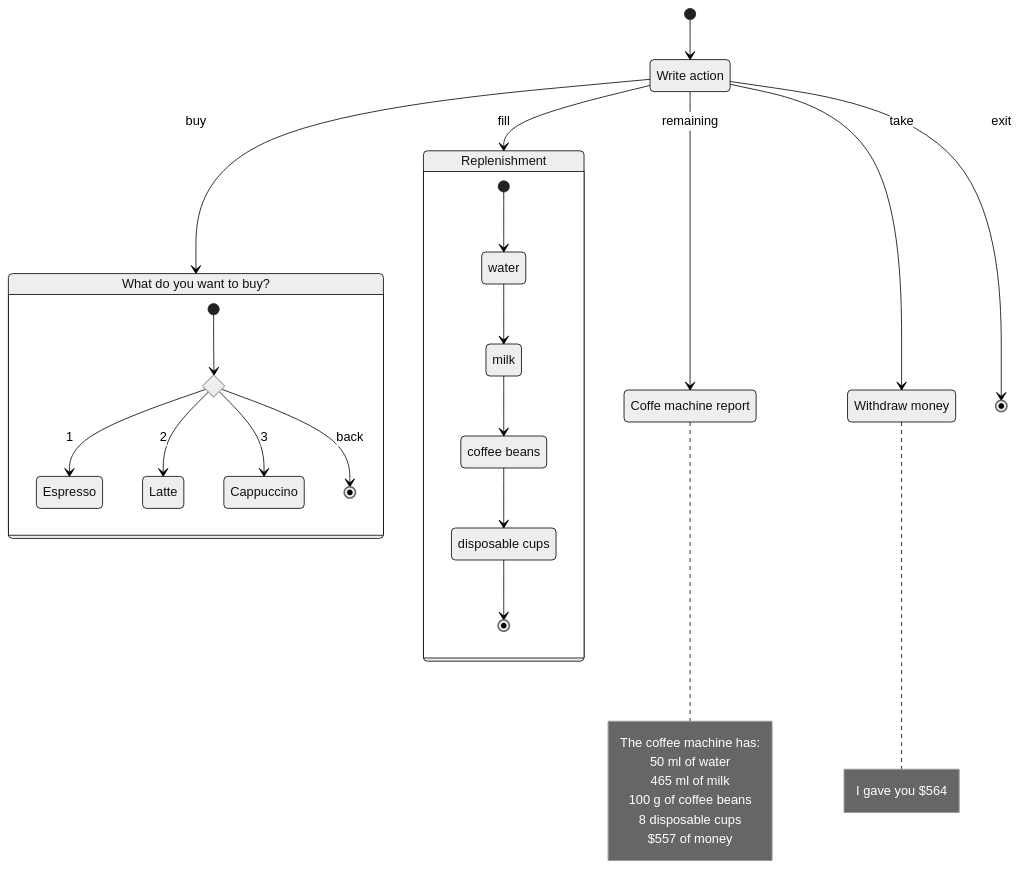
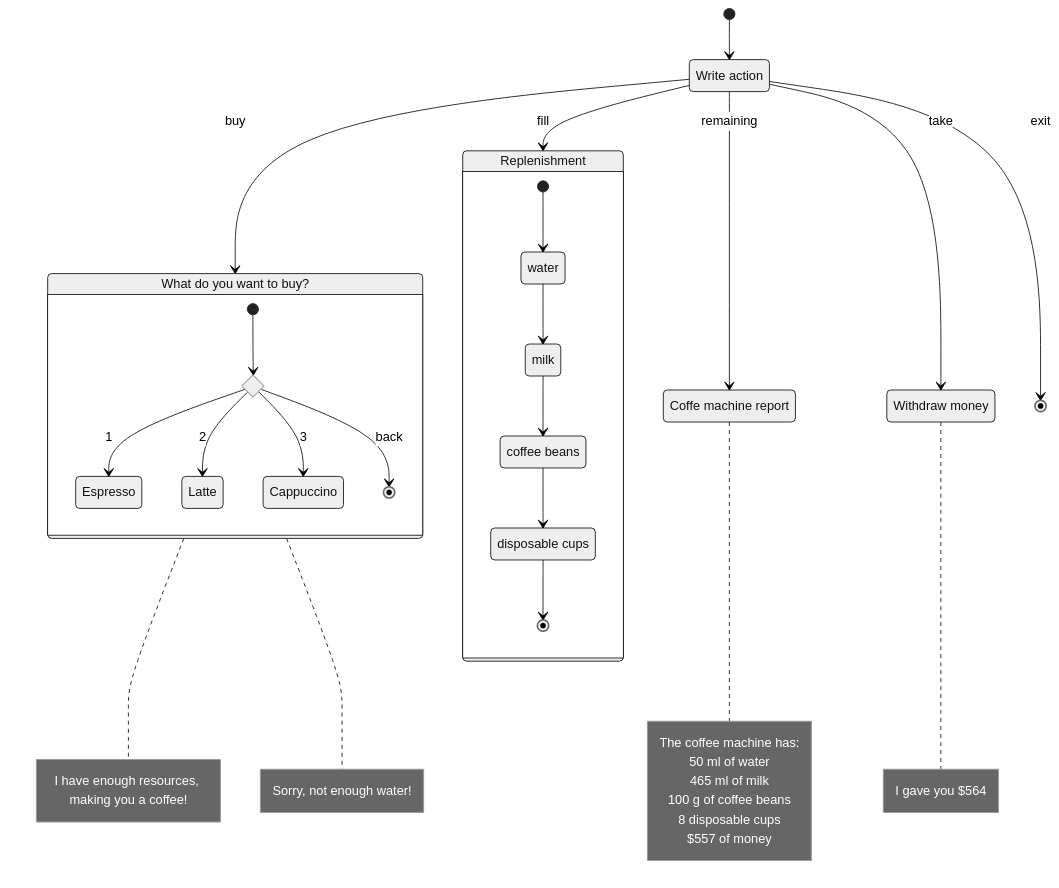
Before and after one commit to rabestro/coffee-machine: the diagram in README.md, drawn with Mermaid (neutral theme).

Commit message:
update state diagram

````diff
--- a/README.md
+++ b/README.md
@@ -7,45 +7,51 @@
 ```mermaid
 stateDiagram-v2
     Menu: Write action
 
     Buy: What do you want to buy?
     state Buy {
         state coffee <<choice>> 
             coffee --> Espresso: 1
             coffee --> Latte : 2
             coffee --> Cappuccino: 3
             coffee --> [*]: back
         [*] --> coffee
     }
-
+    note right of Buy
+        I have enough resources, making you a coffee!
+    end note
+    note right of Buy
+        Sorry, not enough water!
+    end note
+    
     Fill: Replenishment
     state Fill {
         beans: coffee beans
         cups: disposable cups
         [*] --> water
         water --> milk
         milk --> beans
         beans --> cups
         cups --> [*]
     }
 
     Remaining: Coffe machine report
     note right of Remaining
         The coffee machine has:
         50 ml of water
         465 ml of milk
         100 g of coffee beans
         8 disposable cups
         $557 of money
     end note
 
     Take: Withdraw money
     note right of Take: I gave you $564
 
     [*] --> Menu
     Menu --> Buy : buy
     Menu --> Fill: fill
     Menu --> Remaining: remaining 
     Menu --> Take: take
     Menu --> [*] : exit
 ```
````
